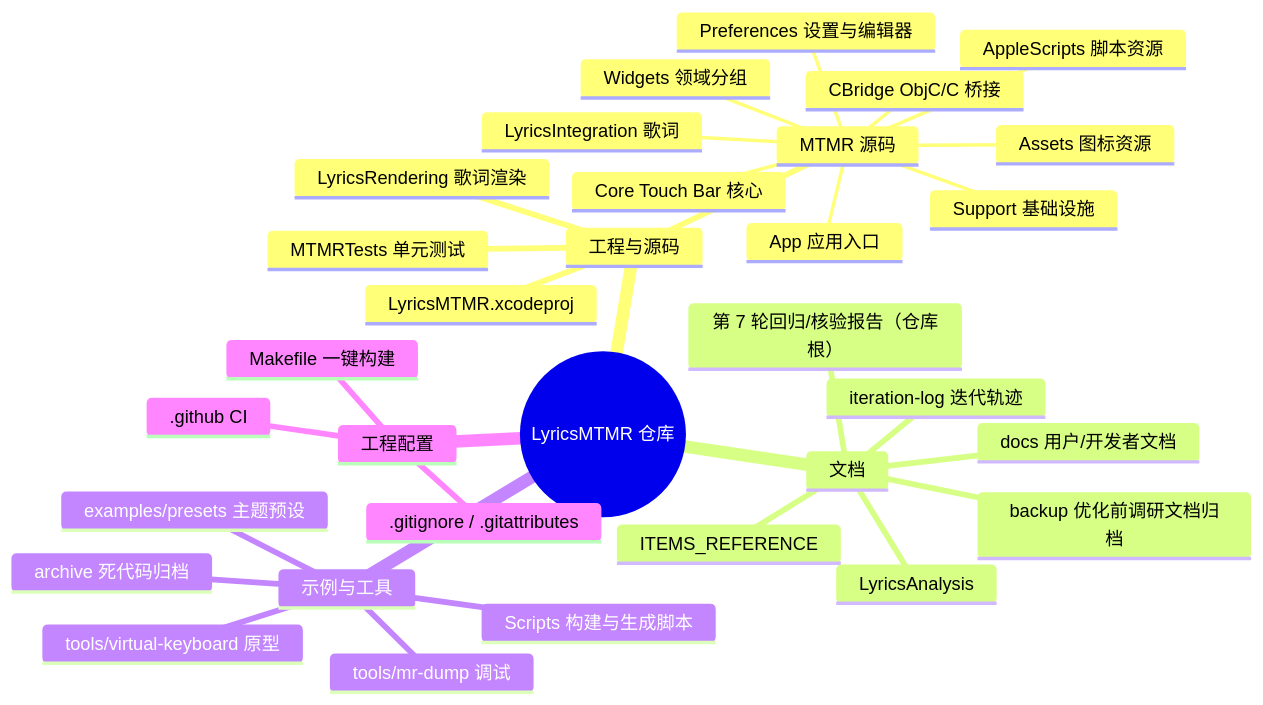
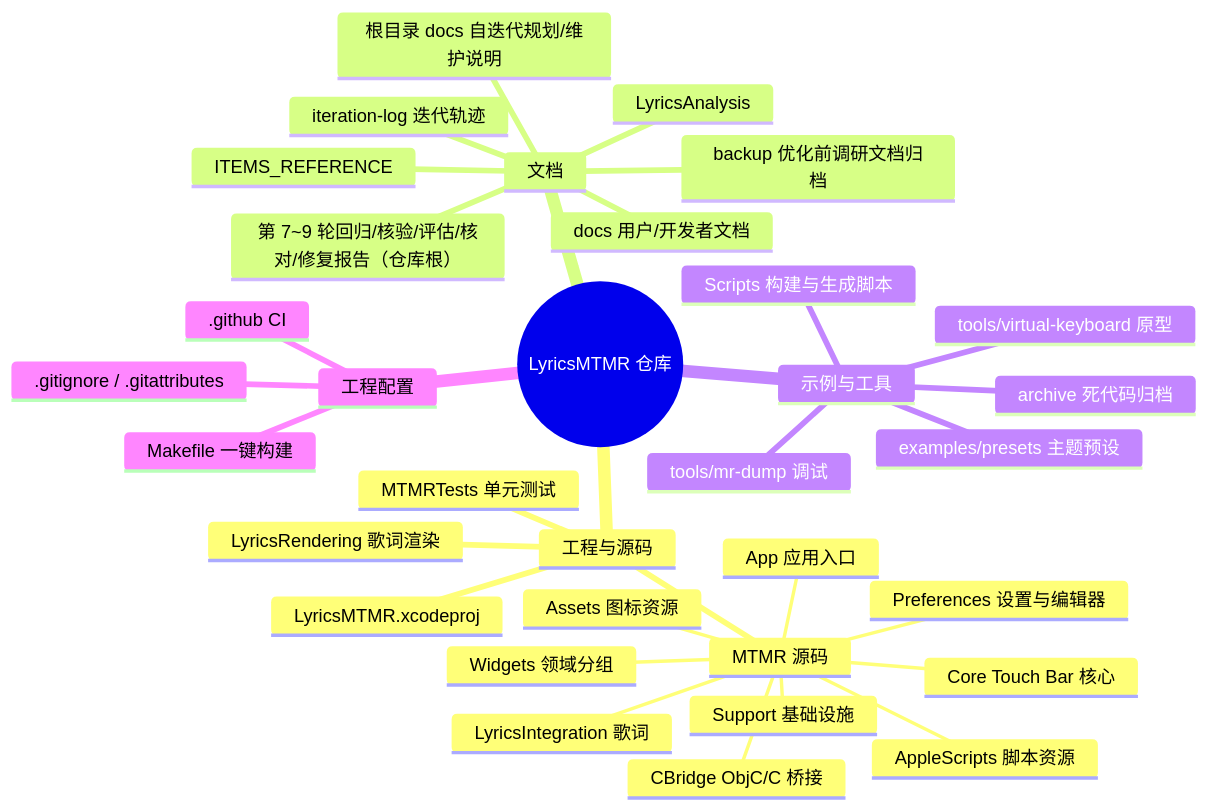
One commit to Tangzishun-Li/LyricsMTMR changed the first of 2 diagrams in LyricsMTMR/docs/file-structure.zh.md. Above: the diagram before and after it, drawn with Mermaid. The commit also changed other lines of this file and 2 other files, not shown here.

````diff
--- a/LyricsMTMR/docs/file-structure.zh.md
+++ b/LyricsMTMR/docs/file-structure.zh.md
@@ -10,35 +10,36 @@
 ```mermaid
 mindmap
   root((LyricsMTMR 仓库))
     工程与源码
       LyricsMTMR.xcodeproj
       MTMR 源码
         App 应用入口
         Core Touch Bar 核心
         Support 基础设施
         Widgets 领域分组
         Preferences 设置与编辑器
         LyricsIntegration 歌词
         CBridge ObjC/C 桥接
         AppleScripts 脚本资源
         Assets 图标资源
       LyricsRendering 歌词渲染
       MTMRTests 单元测试
     文档
       docs 用户/开发者文档
       ITEMS_REFERENCE
       LyricsAnalysis
       backup 优化前调研文档归档
       iteration-log 迭代轨迹
-      第 7 轮回归/核验报告（仓库根）
+      根目录 docs 自迭代规划/维护说明
+      第 7~9 轮回归/核验/评估/核对/修复报告（仓库根）
     示例与工具
       examples/presets 主题预设
       tools/mr-dump 调试
       tools/virtual-keyboard 原型
       Scripts 构建与生成脚本
       archive 死代码归档
     工程配置
       .github CI
       .gitignore / .gitattributes
       Makefile 一键构建
 ```
````
